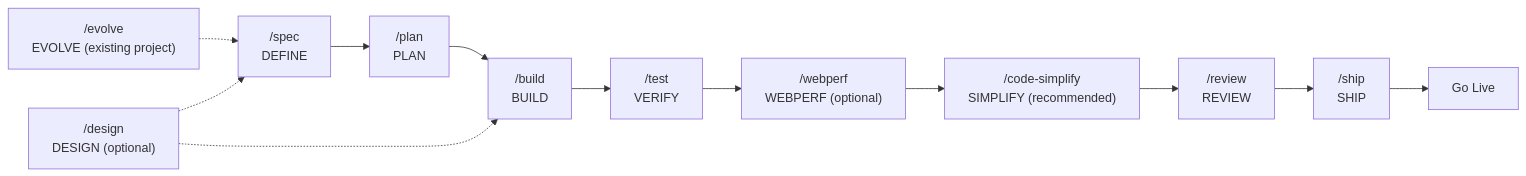
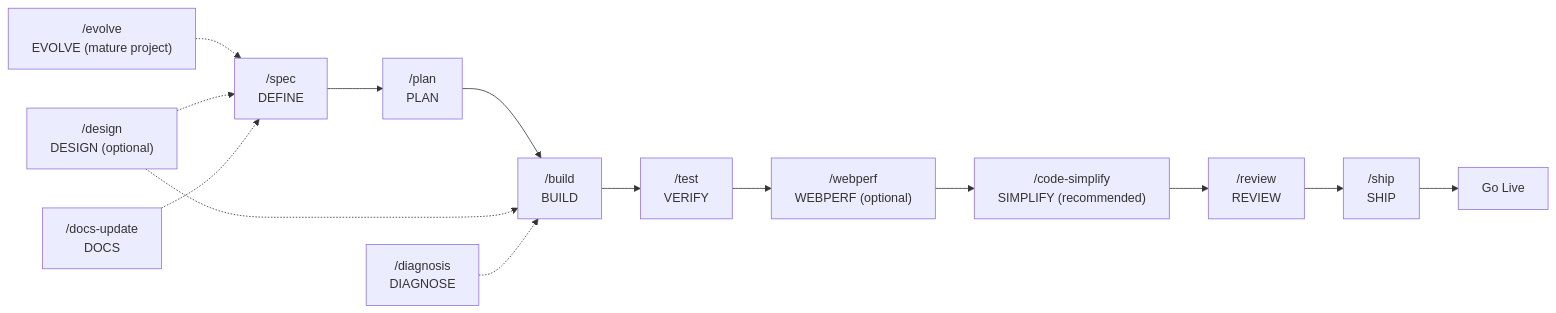
The diagram in README.md (Fisherk2/codice-opencode), drawn with Mermaid before and after one commit. The commit also changed other lines of this file and 27 other files, not shown here.

````diff
--- a/README.md
+++ b/README.md
@@ -250,15 +250,17 @@
 ```mermaid
 flowchart LR
     A["/spec<br/>DEFINE"] --> B["/plan<br/>PLAN"]
     B --> C["/build<br/>BUILD"]
     C --> D["/test<br/>VERIFY"]
     D --> E["/webperf<br/>WEBPERF (optional)"]
     E --> F["/code-simplify<br/>SIMPLIFY (recommended)"]
     F --> G["/review<br/>REVIEW"]
     G --> H["/ship<br/>SHIP"]
     H --> I["Go Live"]
 
-    J["/evolve<br/>EVOLVE (existing project)"] -.-> A
+    J["/evolve<br/>EVOLVE (mature project)"] -.-> A
     K["/design<br/>DESIGN (optional)"] -.-> A
     K -.-> C
+    L["/docs-update<br/>DOCS"] -.-> A
+    M["/diagnosis<br/>DIAGNOSE"] -.-> C
 ```
````
